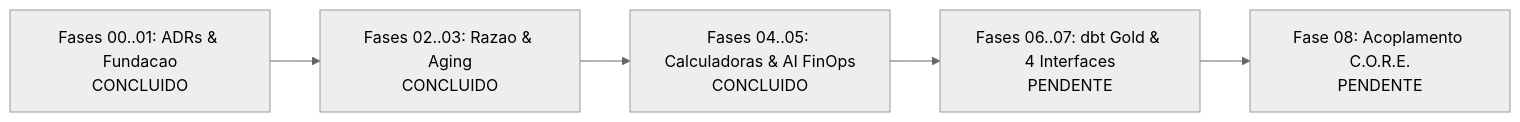
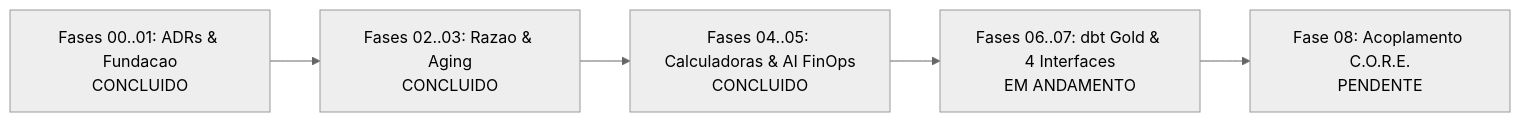
Before and after one commit to jhsfhtls/finops-capex-revenue-lakehouse: the diagram in JORNADA_IMPLEMENTACAO.md, drawn with Mermaid (neutral theme). The commit also changed other lines of this file and 35 other files, not shown here.

Commit message:
feat(dbt): add duckdb gold star schema with 100pct docs

````diff
--- a/JORNADA_IMPLEMENTACAO.md
+++ b/JORNADA_IMPLEMENTACAO.md
@@ -23,7 +23,7 @@
 ```mermaid
 flowchart LR
     F01["Fases 00..01: ADRs & Fundacao<br/>CONCLUIDO"] --> F03["Fases 02..03: Razao & Aging<br/>CONCLUIDO"]
     F03 --> F05["Fases 04..05: Calculadoras & AI FinOps<br/>CONCLUIDO"]
-    F05 --> F07["Fases 06..07: dbt Gold & 4 Interfaces<br/>PENDENTE"]
+    F05 --> F07["Fases 06..07: dbt Gold & 4 Interfaces<br/>EM ANDAMENTO"]
     F07 --> F08["Fase 08: Acoplamento C.O.R.E.<br/>PENDENTE"]
 ```
````
